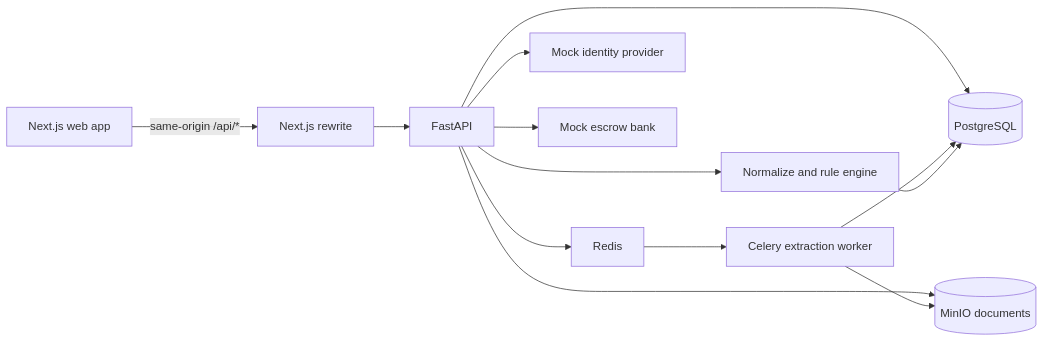
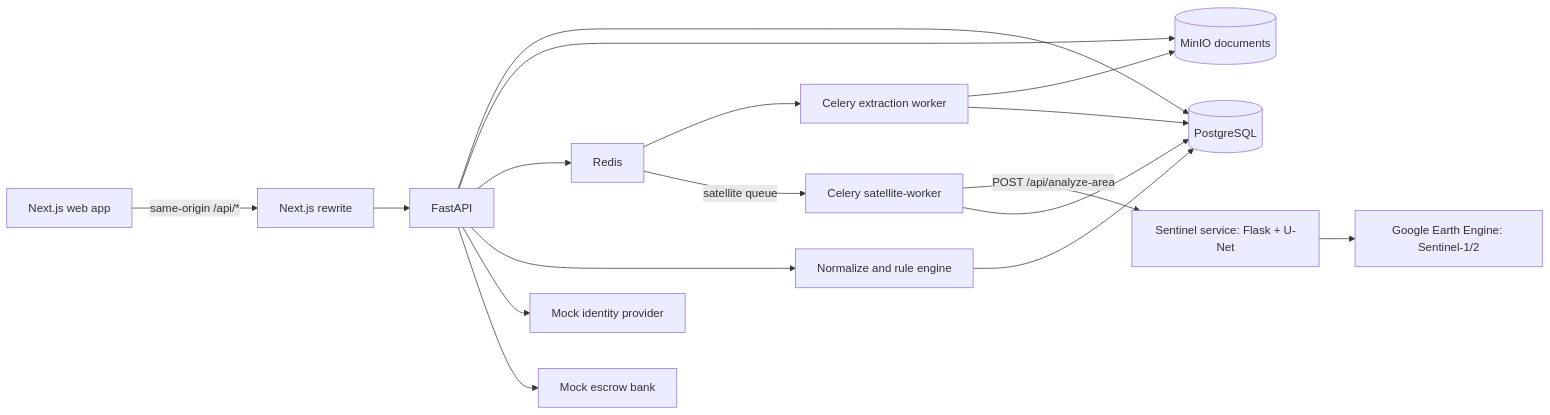
One commit to sourav7-1/JomIGuard changed the diagram in README.md. Above: the diagram before and after it, drawn with Mermaid. The commit also changed other lines of this file and 2 other files, not shown here.

Commit message:
Docs: model download from release, satellite check section

````diff
--- a/README.md
+++ b/README.md
@@ -33,15 +33,19 @@
 ```mermaid
 flowchart LR
   Browser[Next.js web app] -->|same-origin /api/*| Next[Next.js rewrite]
   Next --> API[FastAPI]
   API --> DB[(PostgreSQL)]
   API --> Files[(MinIO documents)]
   API --> Queue[Redis]
   Queue --> Worker[Celery extraction worker]
   Worker --> Files
   Worker --> DB
   API --> Rules[Normalize and rule engine]
   Rules --> DB
   API --> MockIdentity[Mock identity provider]
   API --> MockBank[Mock escrow bank]
+  Queue -->|satellite queue| SatWorker[Celery satellite-worker]
+  SatWorker -->|POST /api/analyze-area| Sentinel[Sentinel service: Flask + U-Net]
+  Sentinel --> EE[Google Earth Engine: Sentinel-1/2]
+  SatWorker --> DB
 ```
````
